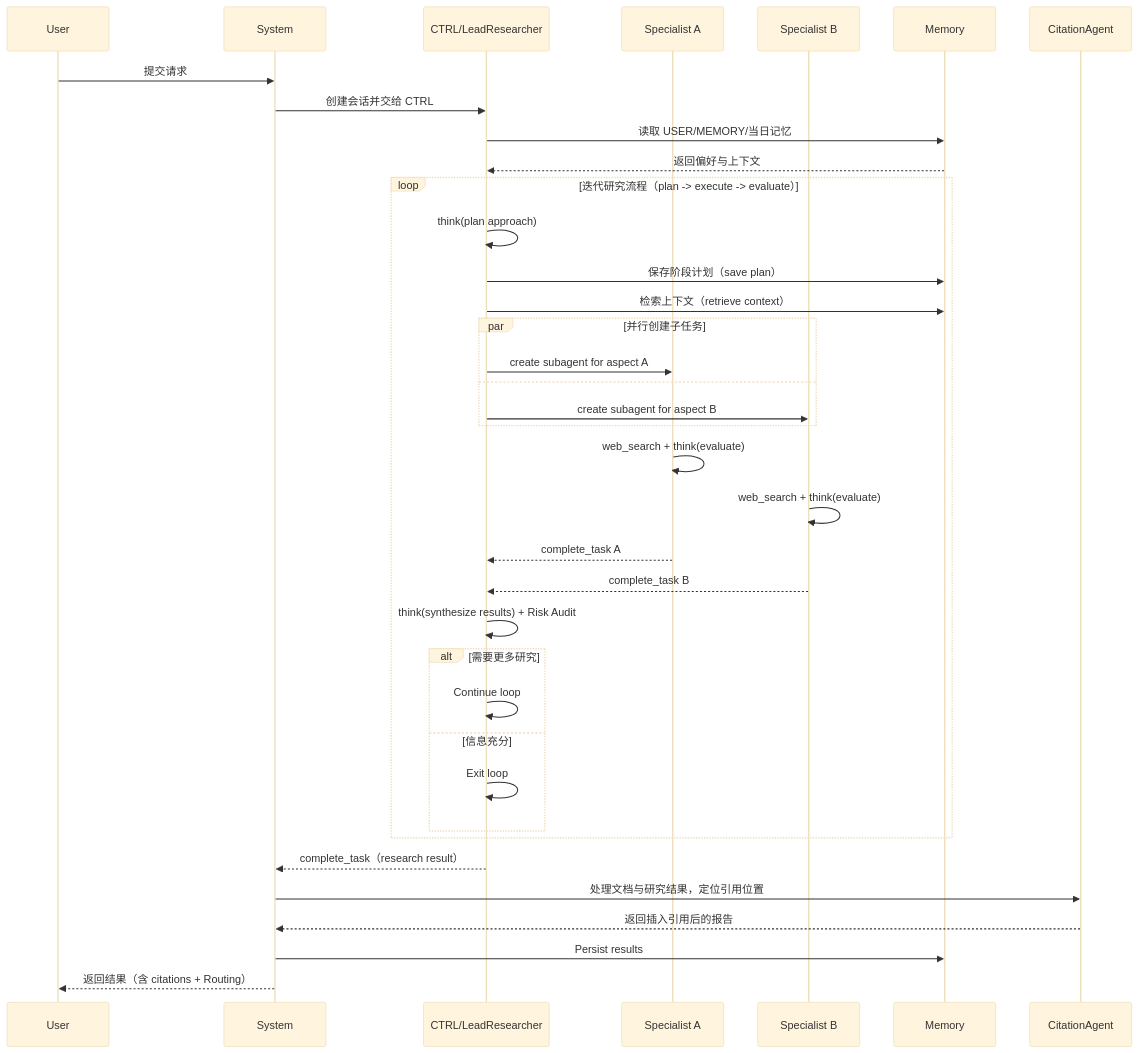
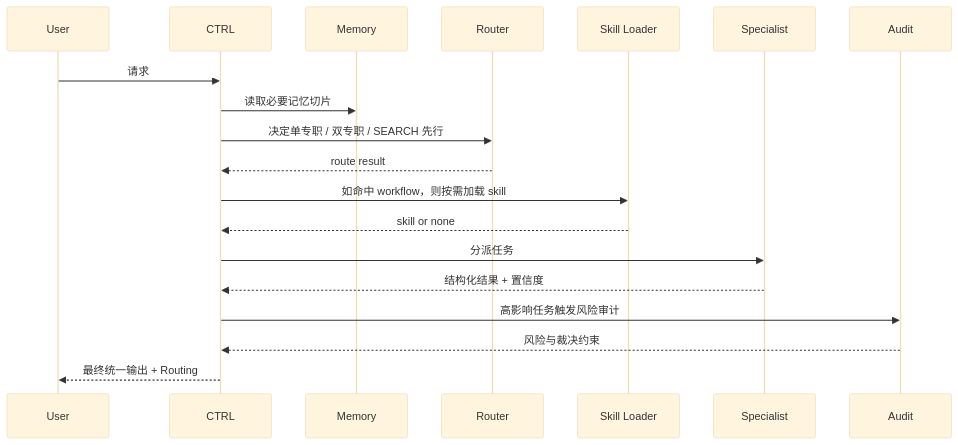
Before and after one commit to jinglong92/longClaw: the third of 3 diagrams in README.md, drawn with Mermaid (base theme). The commit also changed other lines of this file, not shown here.

````diff
--- a/README.md
+++ b/README.md
@@ -164,42 +186,22 @@
 ```mermaid
 sequenceDiagram
     participant U as User
-    participant S as System
-    participant C as CTRL/LeadResearcher
-    participant A as Specialist A
-    participant B as Specialist B
+    participant C as CTRL
     participant M as Memory
-    participant Q as CitationAgent
+    participant R as Router
+    participant K as Skill Loader
+    participant S as Specialist
+    participant A as Audit
 
-    U->>S: 提交请求
-    S->>C: 创建会话并交给 CTRL
-    C->>M: 读取 USER/MEMORY/当日记忆
-    M-->>C: 返回偏好与上下文
-
-    loop 迭代研究流程（plan -> execute -> evaluate）
-        C->>C: think(plan approach)
-        C->>M: 保存阶段计划（save plan）
-        C->>M: 检索上下文（retrieve context）
-        par 并行创建子任务
-            C->>A: create subagent for aspect A
-            and
-            C->>B: create subagent for aspect B
-        end
-        A->>A: web_search + think(evaluate)
-        B->>B: web_search + think(evaluate)
-        A-->>C: complete_task A
-        B-->>C: complete_task B
-        C->>C: think(synthesize results) + Risk Audit
-        alt 需要更多研究
-            C->>C: Continue loop
-        else 信息充分
-            C->>C: Exit loop
-        end
-    end
-
-    C-->>S: complete_task（research result）
-    S->>Q: 处理文档与研究结果，定位引用位置
-    Q-->>S: 返回插入引用后的报告
-    S->>M: Persist results
-    S-->>U: 返回结果（含 citations + Routing）
+    U->>C: 请求
+    C->>M: 读取必要记忆切片
+    C->>R: 决定单专职 / 双专职 / SEARCH 先行
+    R-->>C: route result
+    C->>K: 如命中 workflow，则按需加载 skill
+    K-->>C: skill or none
+    C->>S: 分派任务
+    S-->>C: 结构化结果 + 置信度
+    C->>A: 高影响任务触发风险审计
+    A-->>C: 风险与裁决约束
+    C-->>U: 最终统一输出 + Routing
 ```
````
